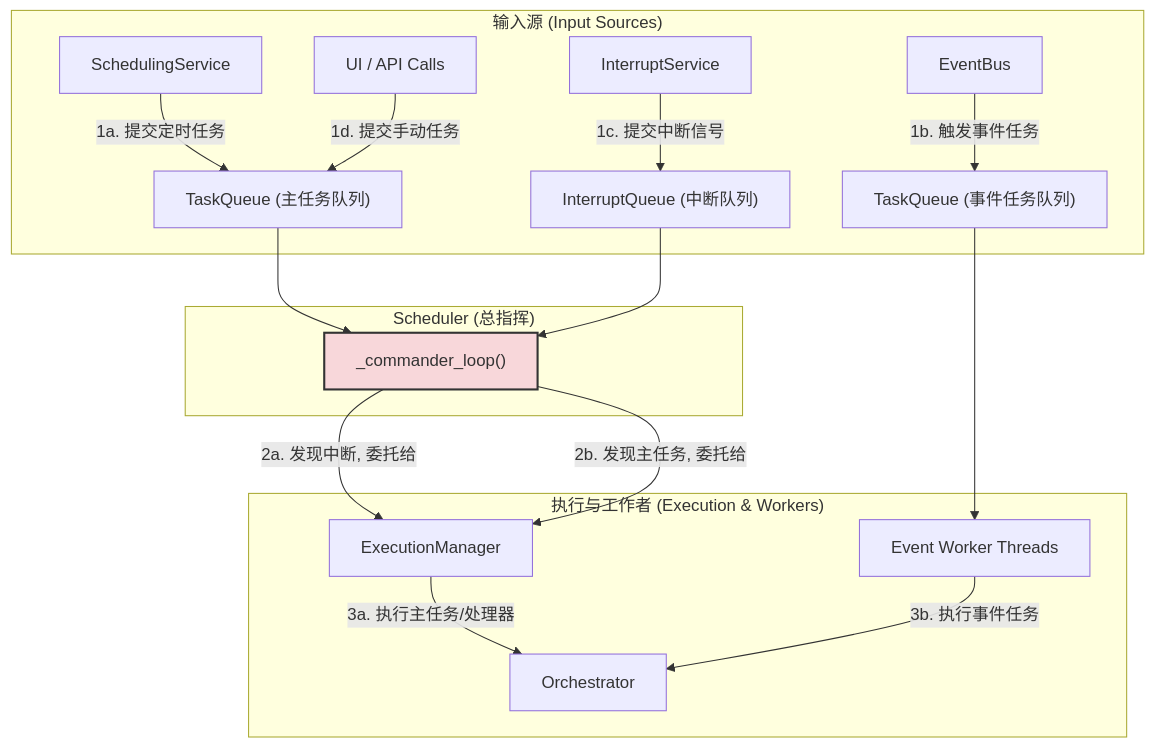
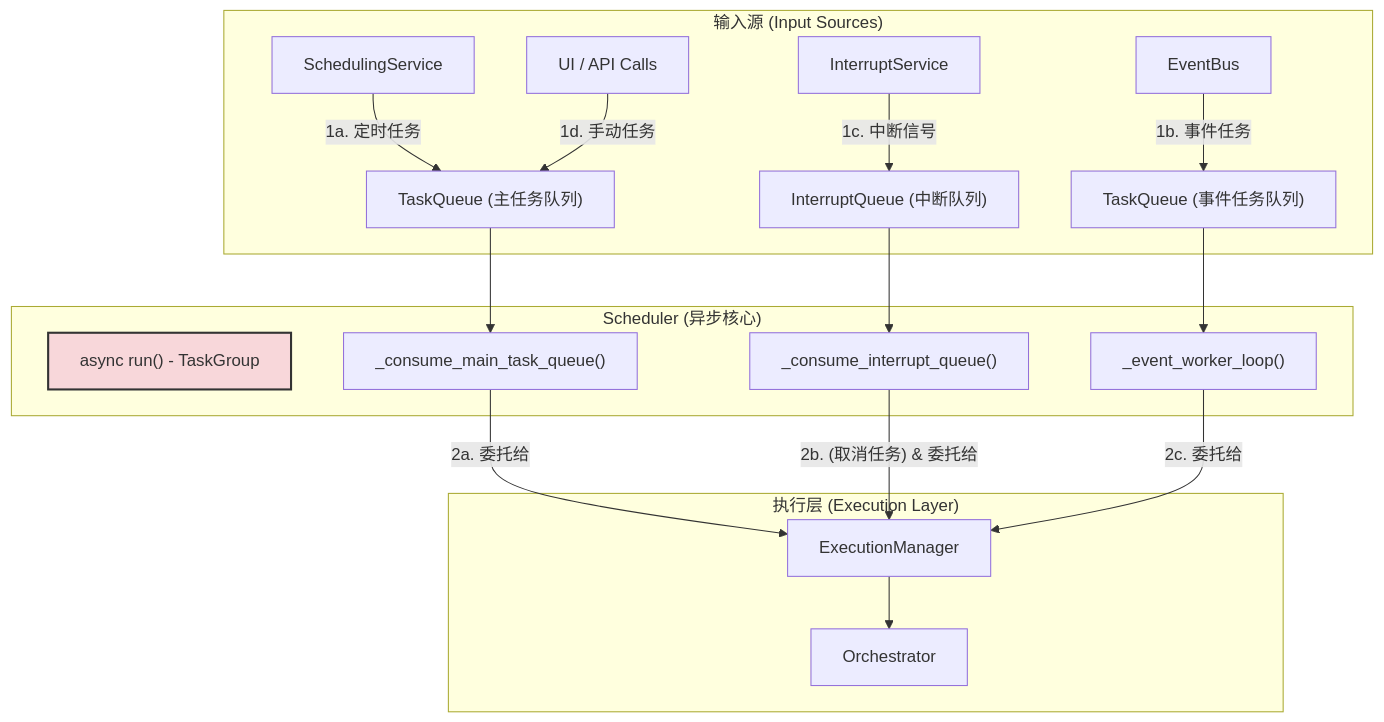
One commit to nightofknife/aura-framework changed the diagram in readme/core_doc/scheduler.md. Above: the diagram before and after it, drawn with Mermaid. The commit also changed other lines of this file and 22 other files, not shown here.

````diff
--- a/readme/core_doc/scheduler.md
+++ b/readme/core_doc/scheduler.md
@@ -18,30 +21,30 @@
 ```mermaid
 graph TD
     subgraph "输入源 (Input Sources)"
-        SchedulingService -- "1a. 提交定时任务" --> TaskQueue
-        EventBus -- "1b. 触发事件任务" --> EventTaskQueue
-        InterruptService -- "1c. 提交中断信号" --> InterruptQueue
-        API["UI / API Calls"] -- "1d. 提交手动任务" --> TaskQueue
+        SchedulingService -- "1a. 定时任务" --> TaskQueue
+        EventBus -- "1b. 事件任务" --> EventTaskQueue
+        InterruptService -- "1c. 中断信号" --> InterruptQueue
+        API["UI / API Calls"] -- "1d. 手动任务" --> TaskQueue
     end
     
-    subgraph "Scheduler (总指挥)"
-        Commander["_commander_loop()"]
-        TaskQueue["TaskQueue (主任务队列)"]
-        EventTaskQueue["TaskQueue (事件任务队列)"]
-        InterruptQueue["InterruptQueue (中断队列)"]
-
-        TaskQueue --> Commander
-        InterruptQueue --> Commander
+    subgraph "Scheduler (异步核心)"
+        Commander["async run() - TaskGroup"]
+        Consumer1["_consume_main_task_queue()"]
+        Consumer2["_consume_interrupt_queue()"]
+        Consumer3["_event_worker_loop()"]
+        
+        TaskQueue["TaskQueue (主任务队列)"] --> Consumer1
+        InterruptQueue["InterruptQueue (中断队列)"] --> Consumer2
+        EventTaskQueue["TaskQueue (事件任务队列)"] --> Consumer3
     end
 
-    subgraph "执行与工作者 (Execution & Workers)"
-        ExecutionManager -- "3a. 执行主任务/处理器" --> Orchestrator
-        EventWorkers["Event Worker Threads"] -- "3b. 执行事件任务" --> Orchestrator
-        EventTaskQueue --> EventWorkers
+    subgraph "执行层 (Execution Layer)"
+        ExecutionManager --> Orchestrator
     end
 
-    Commander -- "2a. 发现中断, 委托给" --> ExecutionManager
-    Commander -- "2b. 发现主任务, 委托给" --> ExecutionManager
+    Consumer1 -- "2a. 委托给" --> ExecutionManager
+    Consumer2 -- "2b. (取消任务) & 委托给" --> ExecutionManager
+    Consumer3 -- "2c. 委托给" --> ExecutionManager
     
     style Commander fill:#f8d7da,stroke:#333,stroke-width:2px
 ```
````
